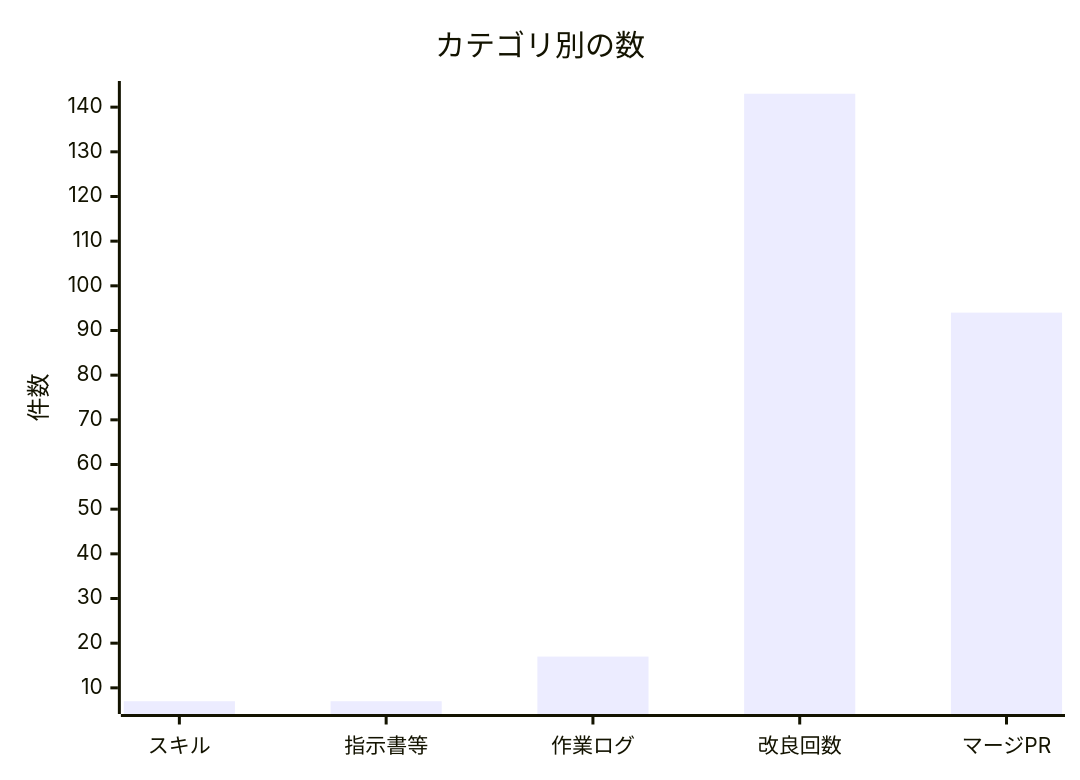
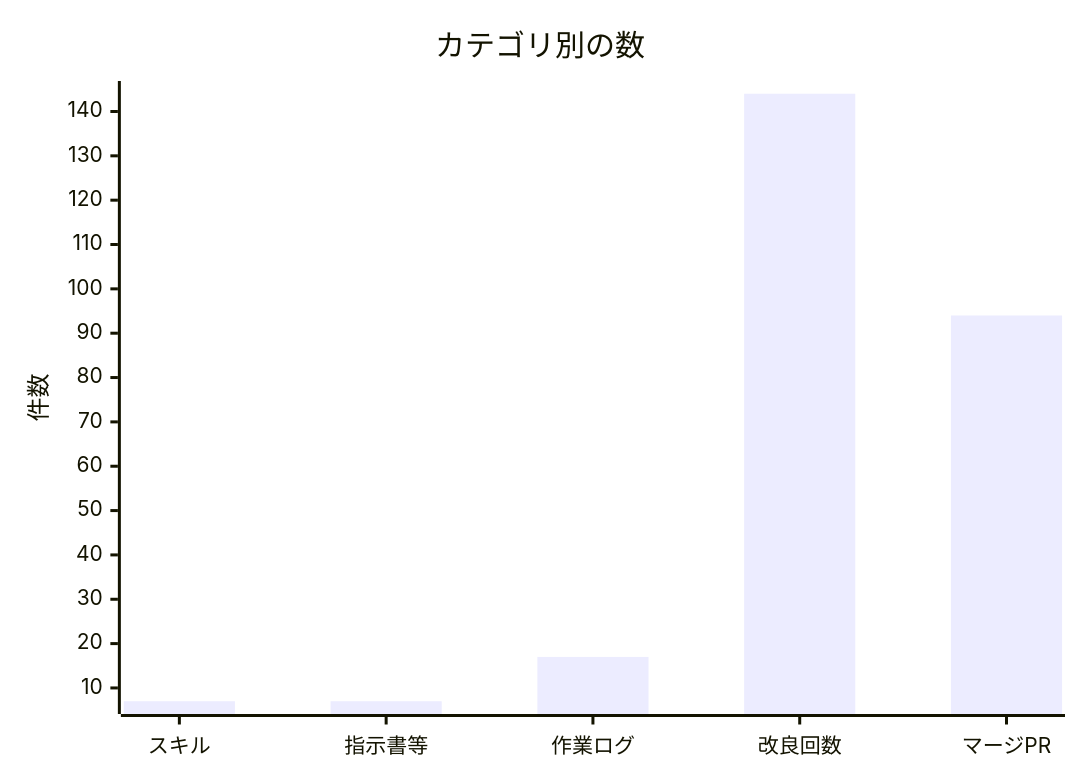
One commit to non-x2/non-x2 changed the second of 2 diagrams in docs/進化レポート.md. Above: the diagram before and after it, drawn with Mermaid. The commit also changed other lines of this file and 1 other file, not shown here.

````diff
--- a/docs/進化レポート.md
+++ b/docs/進化レポート.md
@@ -35,7 +35,7 @@
 ```mermaid
 xychart-beta
     title "カテゴリ別の数"
     x-axis ["スキル", "指示書等", "作業ログ", "改良回数", "マージPR"]
     y-axis "件数"
-    bar [7, 7, 17, 143, 94]
+    bar [7, 7, 17, 144, 94]
 ```
````
